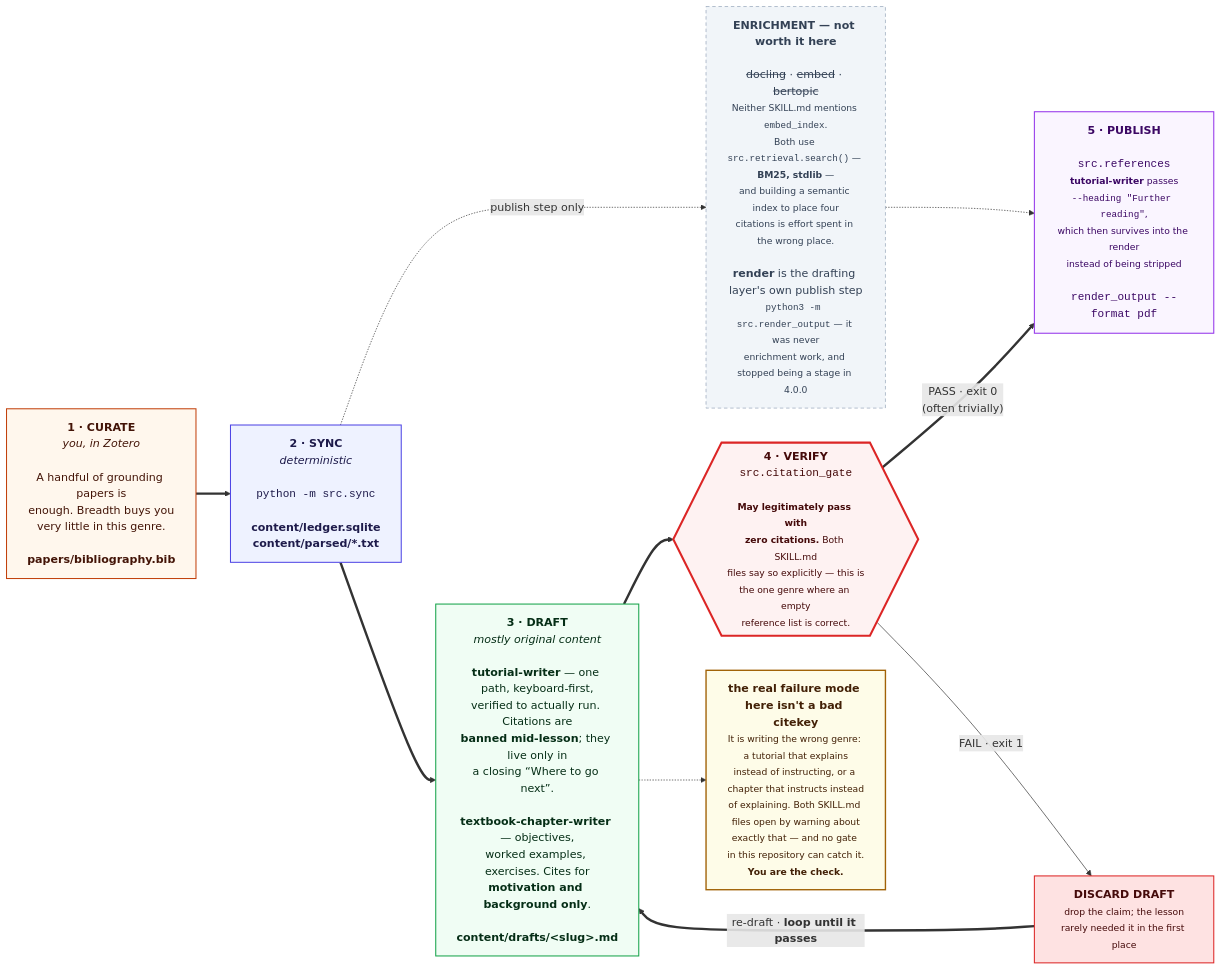
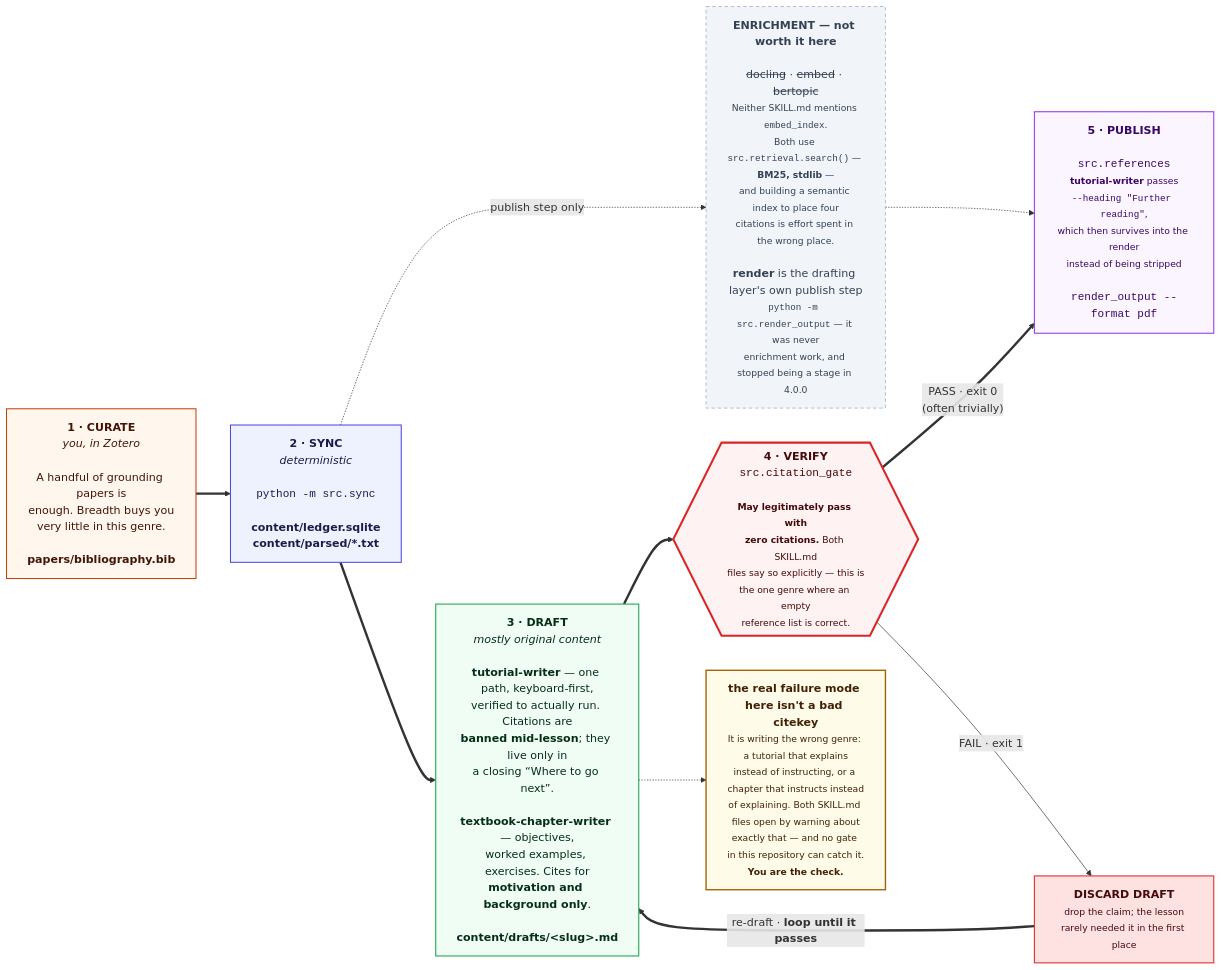
One commit to prasadtalasila/chitragupta changed the eighth of 11 diagrams in docs/DIAGRAMS.md. Above: the diagram before and after it, drawn with Mermaid. The commit also changed other lines of this file and 62 other files, not shown here.

````diff
--- a/docs/DIAGRAMS.md
+++ b/docs/DIAGRAMS.md
@@ -706,45 +706,45 @@
 ```mermaid
 flowchart LR
 
   P0["<b>1 · CURATE</b><br/><i>you, in Zotero</i><br/><br/>A handful of grounding papers is<br/>enough. Breadth buys you<br/>very little in this genre.<br/><br/><b>papers/bibliography.bib</b>"]
 
   P1["<b>2 · SYNC</b><br/><i>deterministic</i><br/><br/><code>python -m src.sync</code><br/><br/><b>content/ledger.sqlite</b><br/><b>content/parsed/*.txt</b>"]
 
-  HEAVY["<b>ENRICHMENT — not worth it here</b><br/><br/><s>docling</s> · <s>embed</s> · <s>bertopic</s><br/><small>Neither SKILL.md mentions <code>embed_index</code>.<br/>Both use <code>src.retrieval.search()</code> — <b>BM25, stdlib</b> —<br/>and building a semantic index to place four<br/>citations is effort spent in the wrong place.</small><br/><br/><b>render</b> is the drafting layer's own publish step<br/><small><code>python3 -m src.render_output</code> — it was never<br/>enrichment work, and stopped being a stage in 4.0.0</small>"]
+  HEAVY["<b>ENRICHMENT — not worth it here</b><br/><br/><s>docling</s> · <s>embed</s> · <s>bertopic</s><br/><small>Neither SKILL.md mentions <code>embed_index</code>.<br/>Both use <code>src.retrieval.search()</code> — <b>BM25, stdlib</b> —<br/>and building a semantic index to place four<br/>citations is effort spent in the wrong place.</small><br/><br/><b>render</b> is the drafting layer's own publish step<br/><small><code>python -m src.render_output</code> — it was never<br/>enrichment work, and stopped being a stage in 4.0.0</small>"]
 
   P2["<b>3 · DRAFT</b><br/><i>mostly original content</i><br/><br/><b>tutorial-writer</b> — one path, keyboard-first,<br/>verified to actually run. Citations are<br/><b>banned mid-lesson</b>; they live only in<br/>a closing “Where to go next”.<br/><br/><b>textbook-chapter-writer</b> — objectives,<br/>worked examples, exercises. Cites for<br/><b>motivation and background only</b>.<br/><br/><b>content/drafts/&lt;slug&gt;.md</b>"]
 
   P3{{"<b>4 · VERIFY</b><br/><code>src.citation_gate</code><br/><br/><small><b>May legitimately pass with<br/>zero citations.</b> Both SKILL.md<br/>files say so explicitly — this is<br/>the one genre where an empty<br/>reference list is correct.</small>"}}
 
   FIX["<b>DISCARD DRAFT</b><br/><small>drop the claim; the lesson<br/>rarely needed it in the first place</small>"]
 
   P4["<b>5 · PUBLISH</b><br/><br/><code>src.references</code><br/><small><b>tutorial-writer</b> passes<br/><code>--heading &quot;Further reading&quot;</code>,<br/>which then survives into the render<br/>instead of being stripped</small><br/><br/><code>render_output --format pdf</code>"]
 
   RISK["<b>the real failure mode here isn't a bad citekey</b><br/><small>It is writing the wrong genre: a tutorial that explains<br/>instead of instructing, or a chapter that instructs instead<br/>of explaining. Both SKILL.md files open by warning about<br/>exactly that — and no gate in this repository can catch it.<br/><b>You are the check.</b></small>"]
 
   P0 ==> P1 ==> P2 ==> P3
   P1 -. "publish step only" .-> HEAVY
   HEAVY -.-> P4
   P3 == "PASS · exit 0<br/>(often trivially)" ==> P4
   P3 -- "FAIL · exit 1" --> FIX
   FIX == "re-draft · <b>loop until it passes</b>" ==> P2
   P2 -.-> RISK
 
   classDef you fill:#fff7ed,stroke:#c2410c,stroke-width:1.5px,color:#431407
   classDef det fill:#eef2ff,stroke:#4f46e5,stroke-width:1.5px,color:#1e1b4b
   classDef gen fill:#f0fdf4,stroke:#16a34a,stroke-width:1.5px,color:#052e16
   classDef gate fill:#fef2f2,stroke:#dc2626,stroke-width:3px,color:#450a0a
   classDef out fill:#faf5ff,stroke:#9333ea,stroke-width:1.5px,color:#3b0764
   classDef bad fill:#fee2e2,stroke:#dc2626,stroke-width:1.5px,color:#450a0a
   classDef off fill:#f1f5f9,stroke:#94a3b8,stroke-dasharray:5 4,color:#334155
   classDef risk fill:#fefce8,stroke:#a16207,stroke-width:2px,color:#422006
 
   class P0 you
   class P1 det
   class P2 gen
   class P3 gate
   class P4 out
   class FIX bad
   class HEAVY off
   class RISK risk
 ```
````
